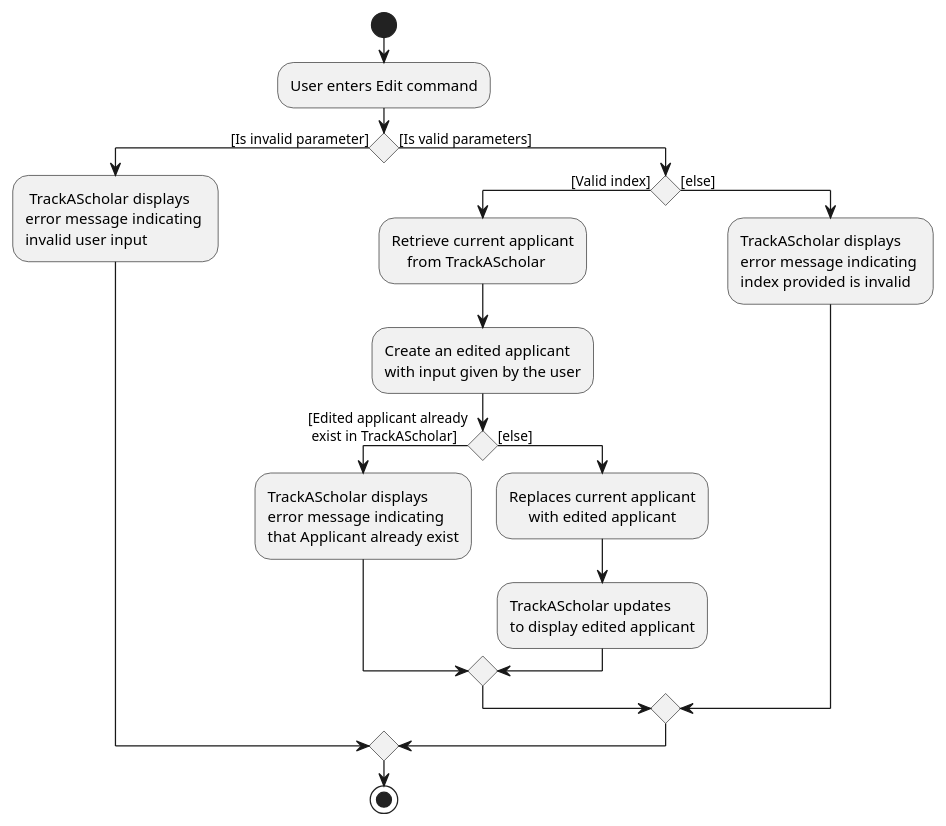
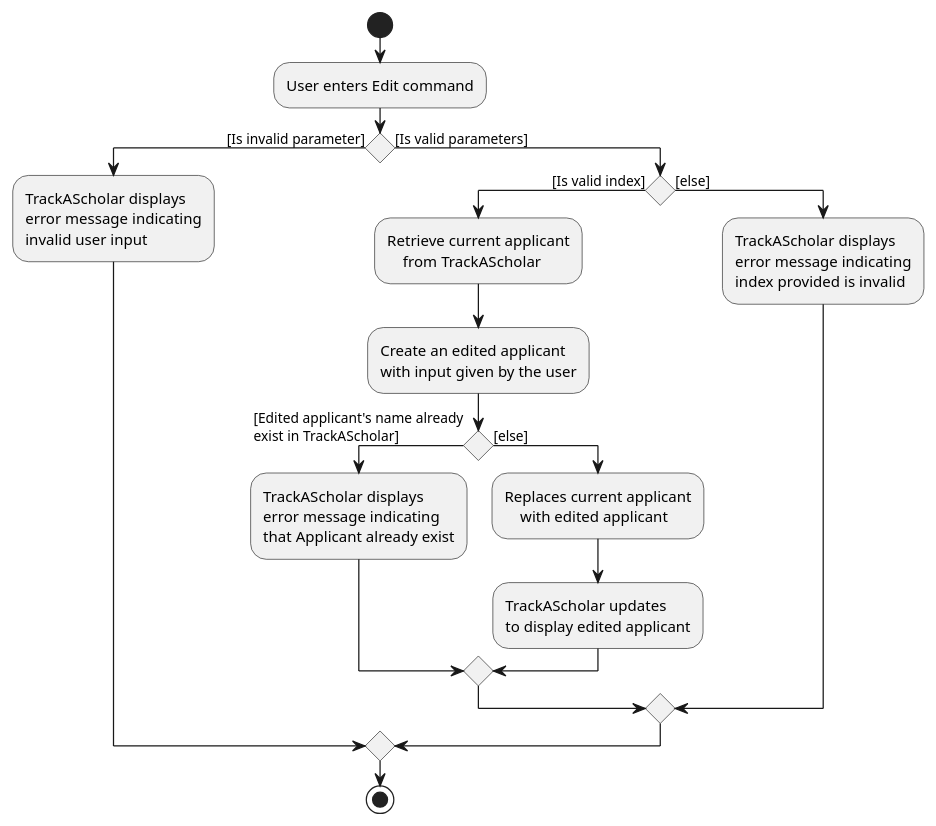
Before and after one commit to nus-cs2103-AY2223S1/tp: the diagram in docs/diagrams/EditCommandActivityDiagram.puml, drawn with PlantUML. The commit also changed 23 other files, not shown here.

Commit message:
Update Activity and Sequence diagrams in Developer Guide

```diff
--- a/docs/diagrams/EditCommandActivityDiagram.puml
+++ b/docs/diagrams/EditCommandActivityDiagram.puml
@@ -1,31 +1,31 @@
 @startuml
 start
 :User enters Edit command;
 
 if () then ([Is invalid parameter])
-    : TrackAScholar displays \nerror message indicating \ninvalid user input;
+    :TrackAScholar displays\nerror message indicating\ninvalid user input;
 
 else ([Is valid parameters])
 
-    if () then ([Valid index])
+    if () then ([Is valid index])
         :Retrieve current applicant\n    from TrackAScholar;
 
-        :Create an edited applicant \nwith input given by the user;
+        :Create an edited applicant\nwith input given by the user;
 
-        if () then ([Edited applicant already\n exist in TrackAScholar])
-            :TrackAScholar displays \nerror message indicating \nthat Applicant already exist;
+        if () then ([Edited applicant's name already\nexist in TrackAScholar])
+            :TrackAScholar displays\nerror message indicating\nthat Applicant already exist;
 
         else ([else])
-            :Replaces current applicant\n     with edited applicant;
+            :Replaces current applicant\n    with edited applicant;
 
-            :TrackAScholar updates \nto display edited applicant;
+            :TrackAScholar updates\nto display edited applicant;
         endif
 
     else ([else])
-        :TrackAScholar displays \nerror message indicating \nindex provided is invalid;
+        :TrackAScholar displays\nerror message indicating\nindex provided is invalid;
 
     endif
 
 endif
 stop
 @enduml
```
